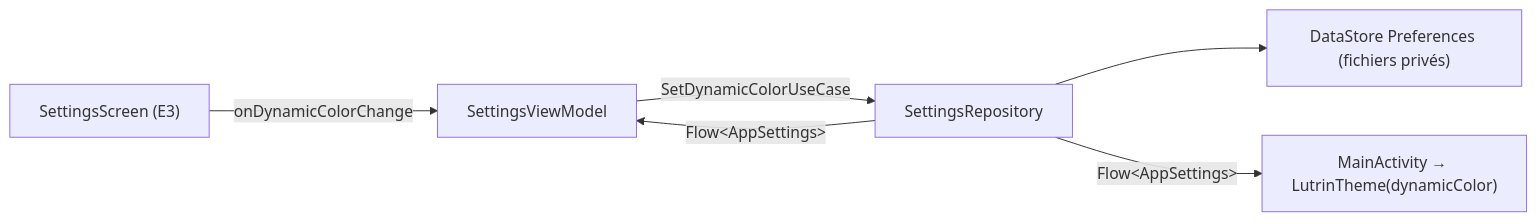
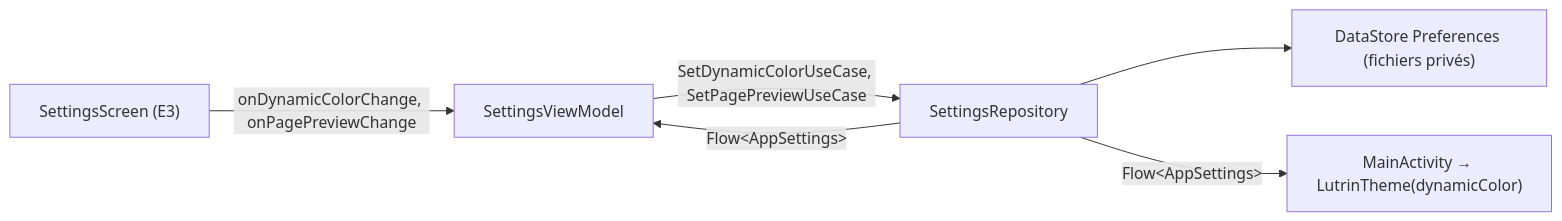
The fifth of 8 diagrams in docs/architecture.md (myxomatom/LutrinPDF), drawn with Mermaid before and after one commit. The commit also changed other lines of this file and 25 other files, not shown here.

First line of the commit message:
feat(settings): move the page preview switch to the settings screen

````diff
--- a/docs/architecture.md
+++ b/docs/architecture.md
@@ -146,8 +146,8 @@
 ```mermaid
 flowchart LR
-    e3["SettingsScreen (E3)"] -->|"onDynamicColorChange"| vm["SettingsViewModel"]
-    vm -->|"SetDynamicColorUseCase"| repo["SettingsRepository"]
+    e3["SettingsScreen (E3)"] -->|"onDynamicColorChange, onPagePreviewChange"| vm["SettingsViewModel"]
+    vm -->|"SetDynamicColorUseCase, SetPagePreviewUseCase"| repo["SettingsRepository"]
     repo --> ds["DataStore Preferences (fichiers privés)"]
     repo -->|"Flow&lt;AppSettings&gt;"| act["MainActivity → LutrinTheme(dynamicColor)"]
     repo -->|"Flow&lt;AppSettings&gt;"| vm
 ```
````
